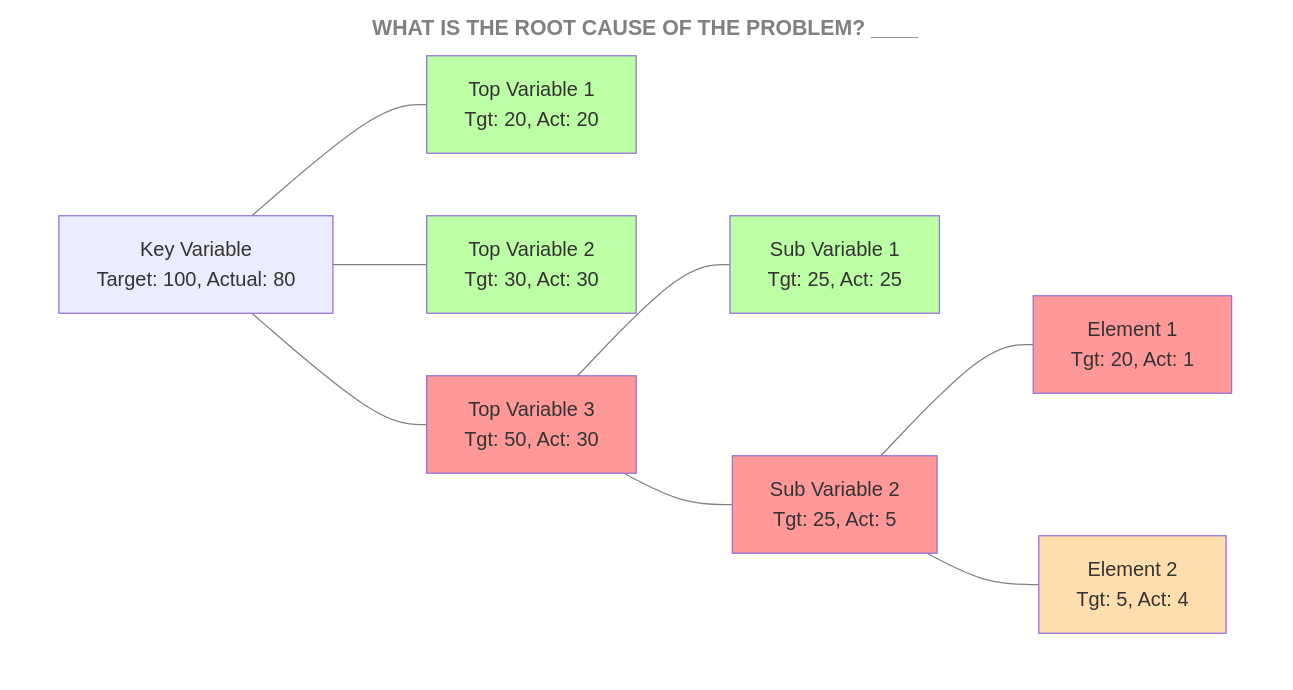
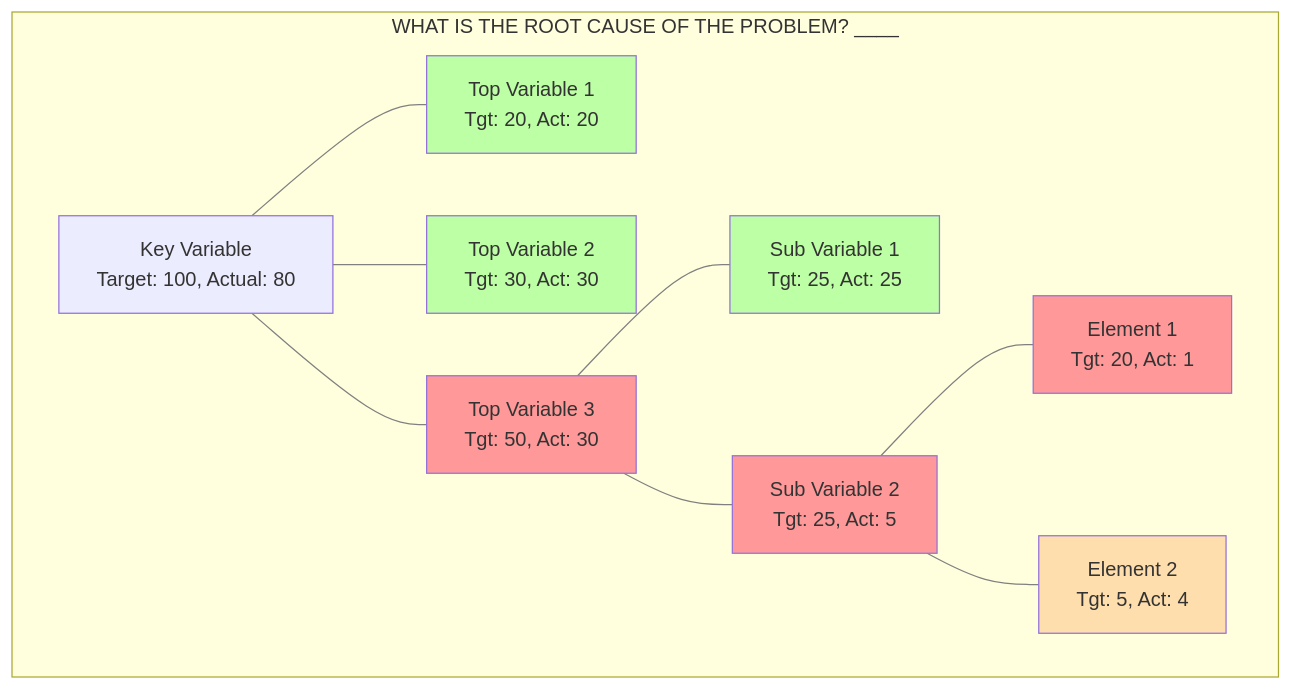
Before and after one commit to Thamielis/Notes: the diagram in README.md, drawn with Mermaid.

Commit message:
create/update 'README.md' file

````diff
--- a/README.md
+++ b/README.md
@@ -5,45 +5,45 @@
 ```mermaid
 graph TD
 %% Adding a title to the flowchart using the SubGraph feature
-subgraph SGTitle ["WHAT IS THE ROOT CAUSE OF THE PROBLEM? ____"]
+subgraph Title ["WHAT IS THE ROOT CAUSE OF THE PROBLEM? ____"]
 
 %% Nodes
     0[Key Variable<br>Target: 100, Actual: 80]
     1[Top Variable 1<br>Tgt: 20, Act: 20]
     2[Top Variable 2<br>Tgt: 30, Act: 30]
     3[Top Variable 3<br>Tgt: 50, Act: 30]
     31[Sub Variable 1<br>Tgt: 25, Act: 25]
     32[Sub Variable 2<br>Tgt: 25, Act: 5]
     321[Element 1<br>Tgt: 20, Act: 1]
     322[Element 2<br>Tgt: 5, Act: 4]
     
 %% Close title subgraph
 end
     
 %% Links
     0 --- 1
     0 --- 2
     0 --- 3
     3 --- 31
     3 --- 32
     32 --- 321
     32 --- 322
     
 %% Defining node styles
     classDef Red fill:#FF9999;
     classDef Amber	fill:#FFDEAD;
     classDef Green fill:#BDFFA4;
 
 %% Assigning styles to nodes
     class 3,32,321 Red;
     class 322 Amber;
     class 1,2,31 Green;
     
 %% Changing color of links [NOTE: Link arrows will remain black]
     linkStyle default fill: none, stroke: grey;
     
 %% Styling the title subgraph
 
     classDef Title fill:#FF99FF00, stroke-width:0, color:grey, font-weight:bold, font-size: 17px;
     class SGTitle Title;
 ```
````
